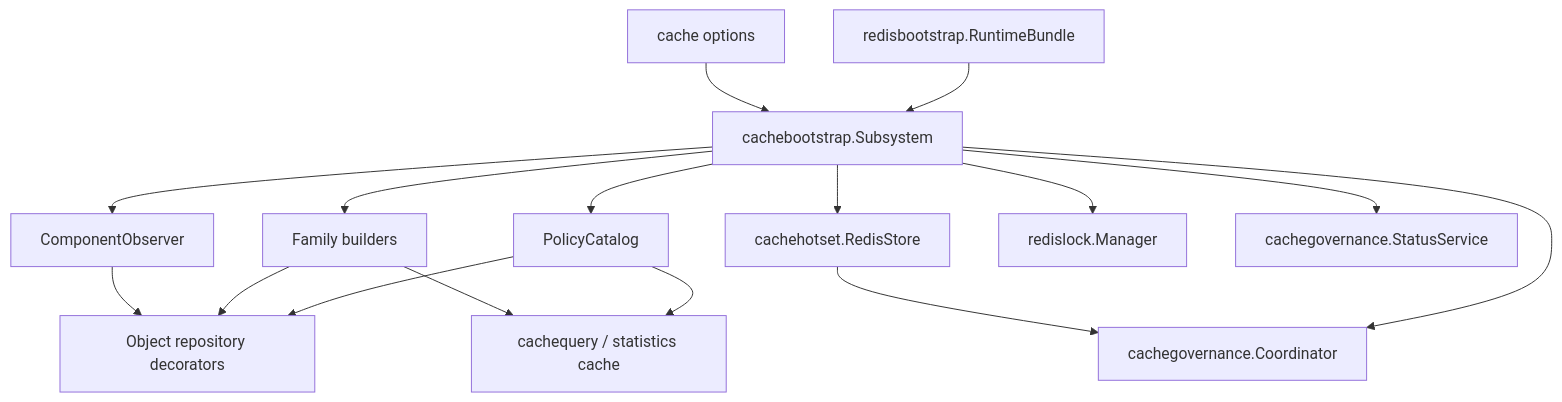
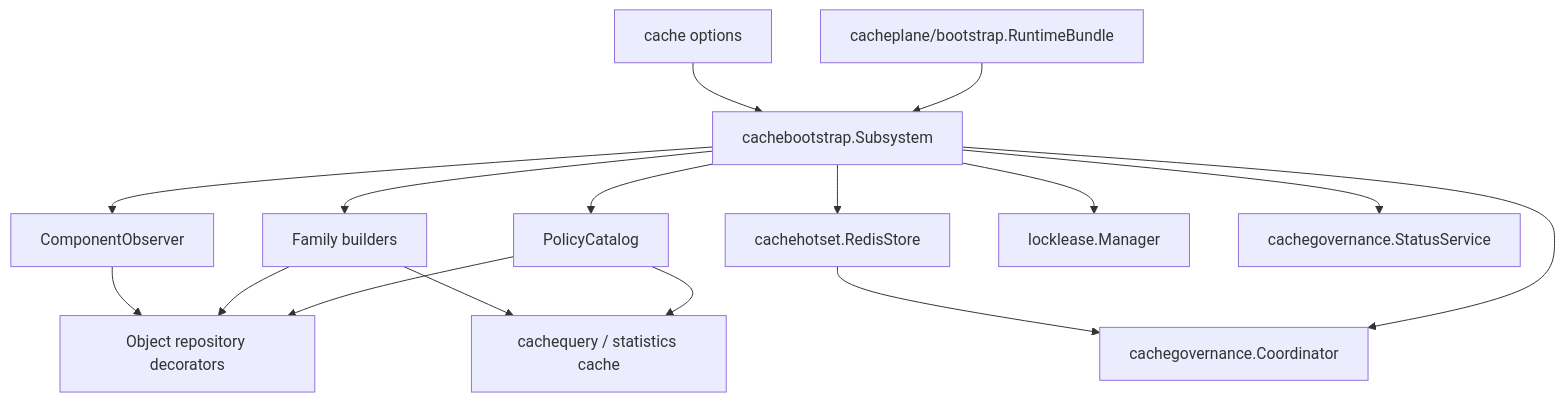
The first of 2 diagrams in docs/03-基础设施/redis/02-Cache层总览.md (FangcunMount/qs-server), drawn with Mermaid before and after one commit. The commit also changed 34 other files, not shown here.

````diff
--- a/docs/03-基础设施/redis/02-Cache层总览.md
+++ b/docs/03-基础设施/redis/02-Cache层总览.md
@@ -18,19 +18,19 @@
 ```mermaid
 flowchart TB
-    Runtime["redisbootstrap.RuntimeBundle"] --> Subsystem["cachebootstrap.Subsystem"]
+    Runtime["cacheplane/bootstrap.RuntimeBundle"] --> Subsystem["cachebootstrap.Subsystem"]
     Options["cache options"] --> Subsystem
     Subsystem --> Policy["PolicyCatalog"]
     Subsystem --> Observer["ComponentObserver"]
     Subsystem --> Builder["Family builders"]
     Subsystem --> Hotset["cachehotset.RedisStore"]
-    Subsystem --> Lock["redislock.Manager"]
+    Subsystem --> Lock["locklease.Manager"]
     Subsystem --> Gov["cachegovernance.Coordinator"]
     Subsystem --> Status["cachegovernance.StatusService"]
 
     Policy --> Object["Object repository decorators"]
     Builder --> Object
     Observer --> Object
     Policy --> Query["cachequery / statistics cache"]
     Builder --> Query
     Hotset --> Gov
 ```
````
